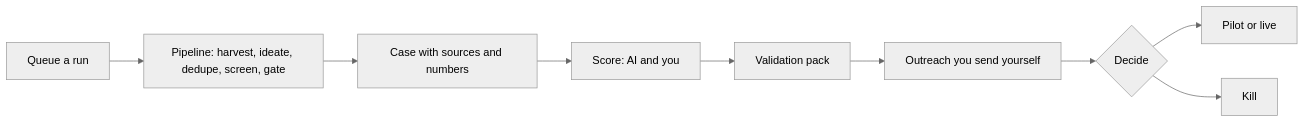
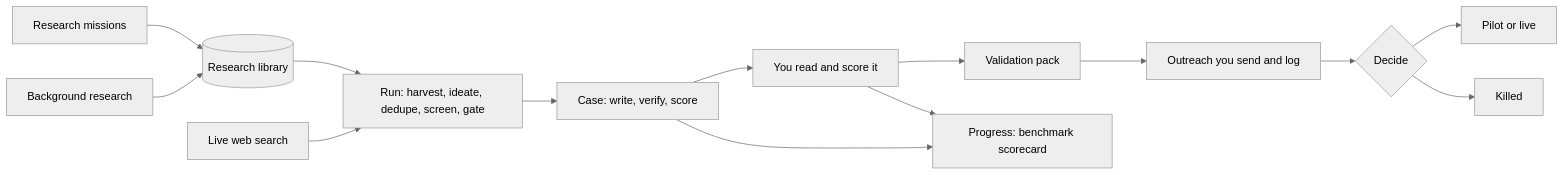
Before and after one commit to ElvisOkereke/PitchLab: the diagram in README.md, drawn with Mermaid (neutral theme). The commit also changed other lines of this file and 1 other file, not shown here.

Commit message:
docs: end-to-end app flow in README; architecture reflects phase 3

````diff
--- a/README.md
+++ b/README.md
@@ -13,11 +17,16 @@
 ```mermaid
 flowchart LR
-    A[Queue a run] --> B[Pipeline: harvest, ideate, dedupe, screen, gate]
-    B --> C[Case with sources and numbers]
-    C --> D[Score: AI and you]
-    D --> E[Validation pack]
-    E --> F[Outreach you send yourself]
-    F --> G{Decide}
-    G --> H[Pilot or live]
-    G --> I[Kill]
+    M[Research missions] --> L[(Research library)]
+    B[Background research] --> L
+    L --> R[Run: harvest, ideate, dedupe, screen, gate]
+    W[Live web search] --> R
+    R --> C[Case: write, verify, score]
+    C --> Y[You read and score it]
+    Y --> V[Validation pack]
+    V --> O[Outreach you send and log]
+    O --> D{Decide}
+    D --> P[Pilot or live]
+    D --> K[Killed]
+    C --> G[Progress: benchmark scorecard]
+    Y --> G
 ```
````
